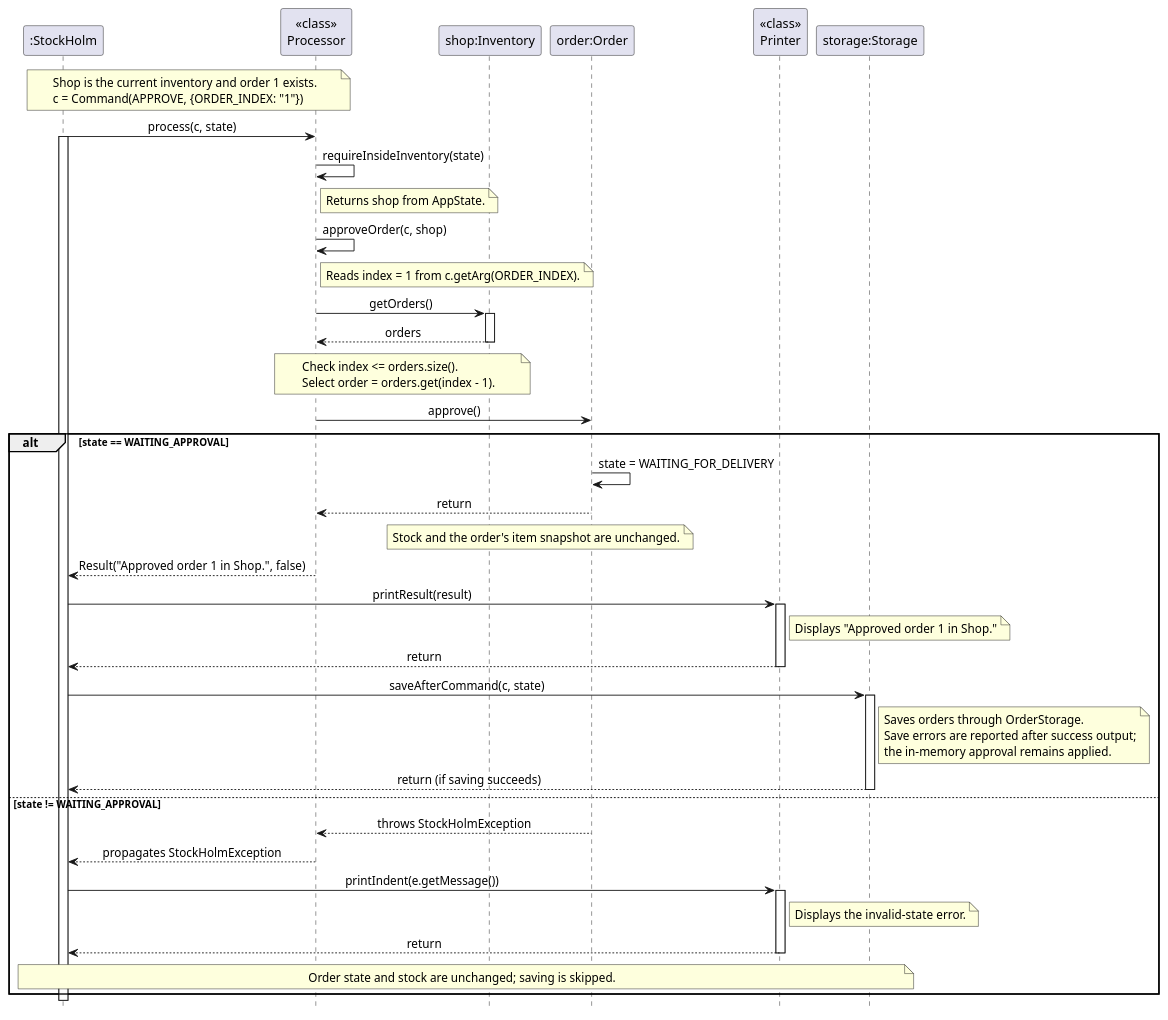
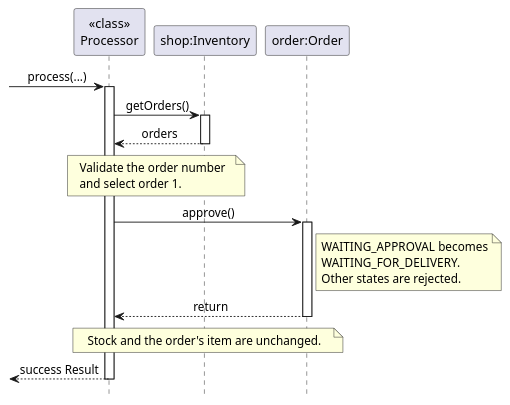
One commit to AY2627S1-CS2113-W14-4/tp changed the diagram in docs/diagrams/OrderApprovalSequence.puml. Above: the diagram before and after it, drawn with PlantUML. The commit also changed 2 other files, not shown here.

Commit message:
docs: Simplify order approval sequence diagram

```diff
--- a/docs/diagrams/OrderApprovalSequence.puml
+++ b/docs/diagrams/OrderApprovalSequence.puml
@@ -1,63 +1,34 @@
 @startuml
 hide footbox
 skinparam sequenceMessageAlign center
 
-participant ":StockHolm" as Main
 participant "<<class>>\nProcessor" as Processor
 participant "shop:Inventory" as Inventory
 participant "order:Order" as Order
-participant "<<class>>\nPrinter" as Printer
-participant "storage:Storage" as Storage
 
-note over Main, Processor
-    Shop is the current inventory and order 1 exists.
-    c = Command(APPROVE, {ORDER_INDEX: "1"})
-end note
-
-Main -> Processor : process(c, state)
-activate Main
-Processor -> Processor : requireInsideInventory(state)
-note right of Processor : Returns shop from AppState.
-Processor -> Processor : approveOrder(c, shop)
-note right of Processor : Reads index = 1 from c.getArg(ORDER_INDEX).
+[-> Processor : process(...)
+activate Processor
 Processor -> Inventory : getOrders()
 activate Inventory
 Inventory --> Processor : orders
 deactivate Inventory
 note over Processor, Inventory
-    Check index <= orders.size().
-    Select order = orders.get(index - 1).
+    Validate the order number
+    and select order 1.
 end note
 
 Processor -> Order : approve()
-alt state == WAITING_APPROVAL
-    Order -> Order : state = WAITING_FOR_DELIVERY
-    Order --> Processor : return
-    note over Inventory, Order : Stock and the order's item snapshot are unchanged.
-    Processor --> Main : Result("Approved order 1 in Shop.", false)
-    Main -> Printer : printResult(result)
-    activate Printer
-    note right of Printer : Displays "Approved order 1 in Shop."
-    Printer --> Main : return
-    deactivate Printer
-    Main -> Storage : saveAfterCommand(c, state)
-    activate Storage
-    note right of Storage
-        Saves orders through OrderStorage.
-        Save errors are reported after success output;
-        the in-memory approval remains applied.
-    end note
-    Storage --> Main : return (if saving succeeds)
-    deactivate Storage
-else state != WAITING_APPROVAL
-    Order --> Processor : throws StockHolmException
-    Processor --> Main : propagates StockHolmException
-    Main -> Printer : printIndent(e.getMessage())
-    activate Printer
-    note right of Printer : Displays the invalid-state error.
-    Printer --> Main : return
-    deactivate Printer
-    note over Main, Storage : Order state and stock are unchanged; saving is skipped.
-end
-deactivate Main
+activate Order
+note right of Order
+    WAITING_APPROVAL becomes
+    WAITING_FOR_DELIVERY.
+    Other states are rejected.
+end note
+Order --> Processor : return
+deactivate Order
+note over Processor, Order
+    Stock and the order's item are unchanged.
+end note
+[<-- Processor : success Result
+deactivate Processor
 @enduml
```
